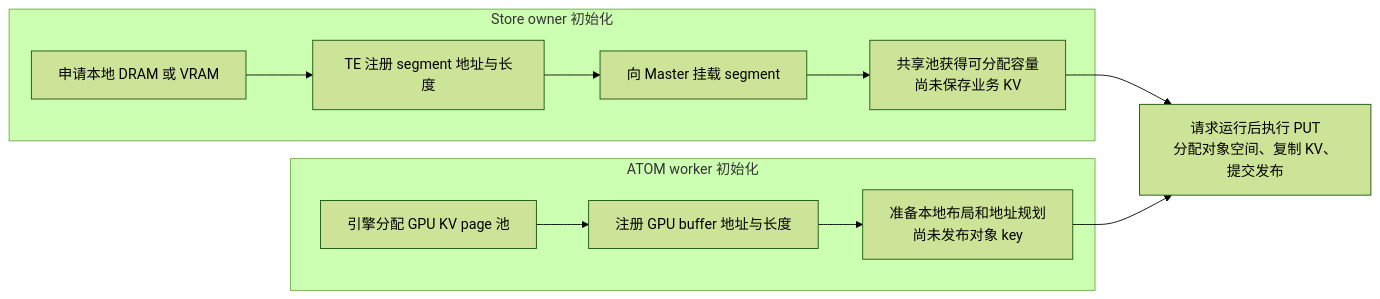
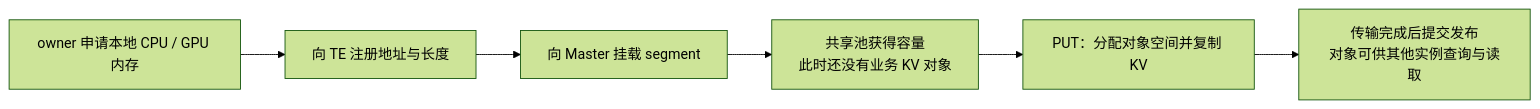
One commit to Jasen2201/ATOM changed the ninth of 21 diagrams in docs/atom_shared_kv_research_20260922.md. Above: the diagram before and after it, drawn with Mermaid (forest theme). The commit also changed other lines of this file, not shown here.

````diff
--- a/docs/atom_shared_kv_research_20260922.md
+++ b/docs/atom_shared_kv_research_20260922.md
@@ -78,14 +252,8 @@
 ```mermaid
 flowchart LR
-    subgraph Owner["Store owner 初始化"]
-        O1["申请本地 DRAM 或 VRAM"] --> O2["TE 注册 segment 地址与长度"]
-        O2 --> O3["向 Master 挂载 segment"]
-        O3 --> O4["共享池获得可分配容量<br/>尚未保存业务 KV"]
-    end
-    subgraph Worker["ATOM worker 初始化"]
-        W1["引擎分配 GPU KV page 池"] --> W2["注册 GPU buffer 地址与长度"]
-        W2 --> W3["准备本地布局和地址规划<br/>尚未发布对象 key"]
-    end
-    O4 --> P["请求运行后执行 PUT<br/>分配对象空间、复制 KV、提交发布"]
-    W3 --> P
+    Alloc["owner 申请本地 CPU / GPU 内存"] --> Reg["向 TE 注册地址与长度"]
+    Reg --> Mount["向 Master 挂载 segment"]
+    Mount --> Empty["共享池获得容量<br/>此时还没有业务 KV 对象"]
+    Empty --> Put["PUT：分配对象空间并复制 KV"]
+    Put --> Publish["传输完成后提交发布<br/>对象可供其他实例查询与读取"]
 ```
````
